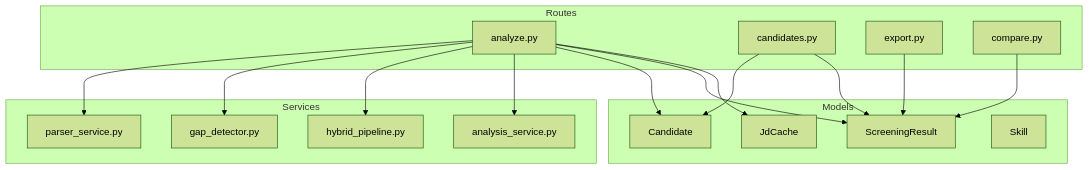
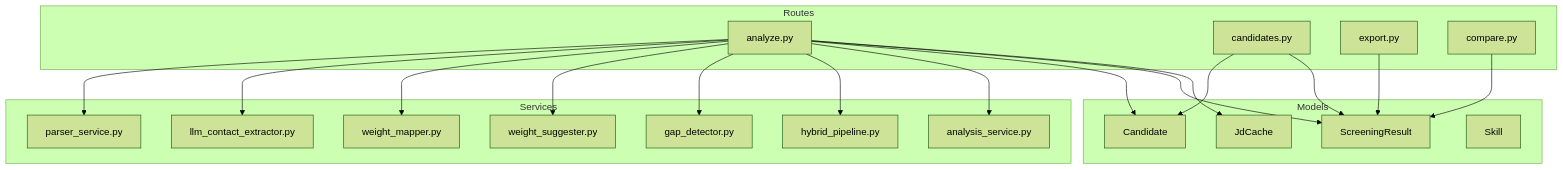
Before and after one commit to Revanththetalogics/aireume: the first of 11 diagrams in .qoder/repowiki/en/content/Candidate Management/Candidate Management.md, drawn with Mermaid (forest theme). The commit also changed other lines of this file and 20 other files, not shown here.

````diff
--- a/.qoder/repowiki/en/content/Candidate Management/Candidate Management.md
+++ b/.qoder/repowiki/en/content/Candidate Management/Candidate Management.md
@@ -42,32 +56,38 @@
 ```mermaid
 graph TB
 subgraph "Models"
 C["Candidate"]
 SR["ScreeningResult"]
 JC["JdCache"]
 SK["Skill"]
 end
 subgraph "Services"
 PS["parser_service.py"]
+LCE["llm_contact_extractor.py"]
+WM["weight_mapper.py"]
+WS["weight_suggester.py"]
 GD["gap_detector.py"]
 HP["hybrid_pipeline.py"]
 AS["analysis_service.py"]
 end
 subgraph "Routes"
 RA["analyze.py"]
 RC["candidates.py"]
 RE["export.py"]
 RCM["compare.py"]
 end
 RA --> PS
+RA --> LCE
+RA --> WM
+RA --> WS
 RA --> GD
 RA --> HP
 RA --> AS
 RA --> C
 RA --> SR
 RA --> JC
 RC --> C
 RC --> SR
 RE --> SR
 RCM --> SR
 ```
````
